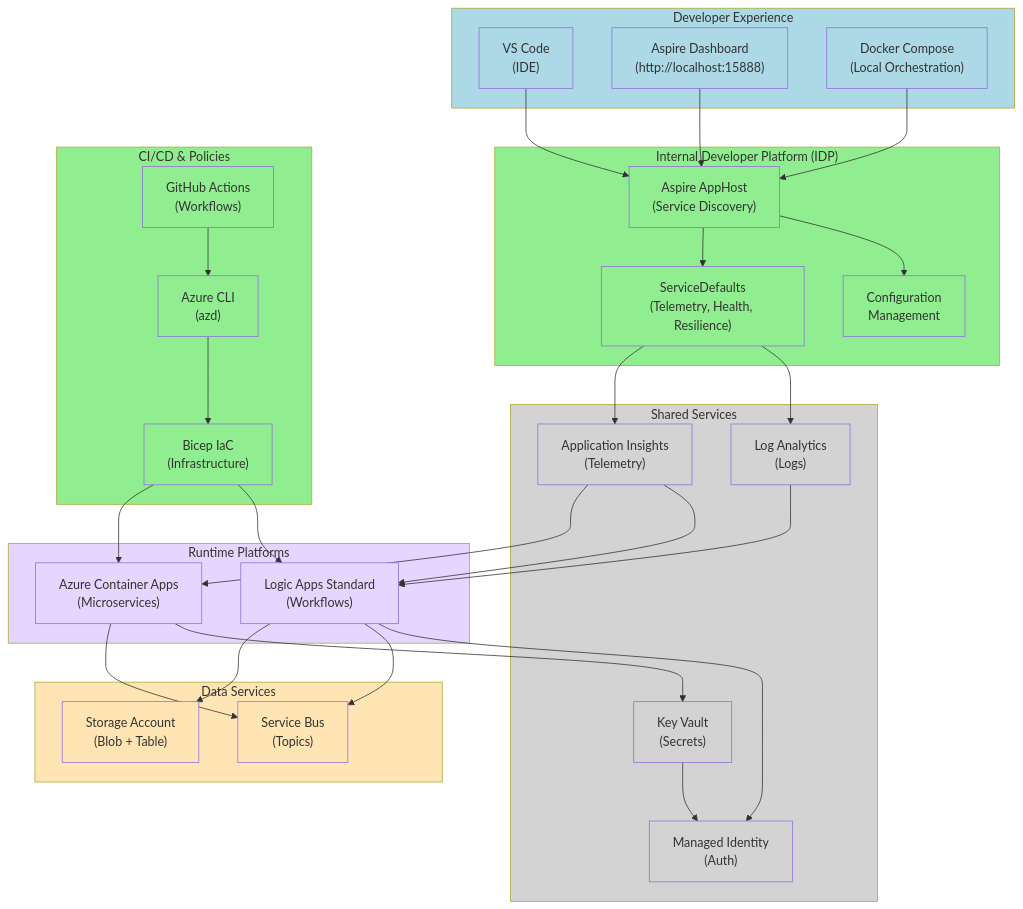
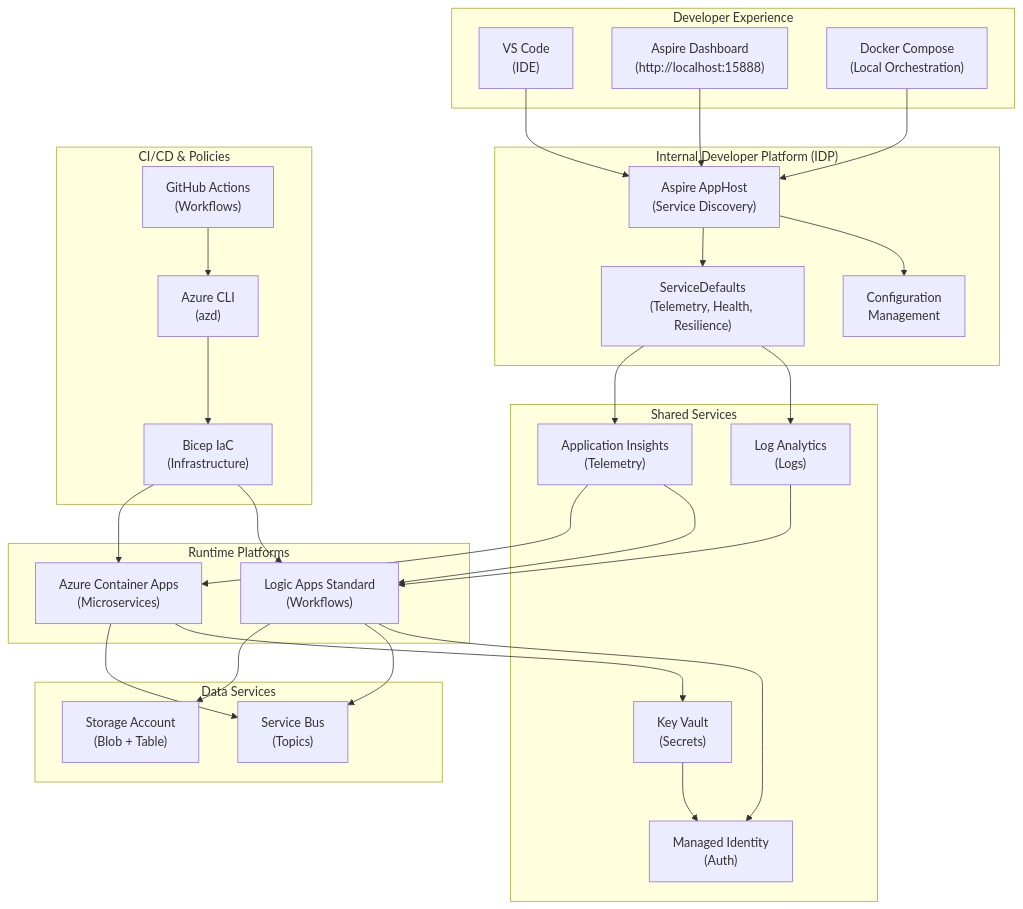
One commit to Evilazaro/Azure-LogicApps-Monitoring changed diagram 12 of 12 in README.md. Above: the diagram before and after it, drawn with Mermaid. The commit also changed other lines of this file, not shown here.

Commit message:
refactor: remove redundant style definitions from flowcharts in README.md

````diff
--- a/README.md
+++ b/README.md
@@ -973,28 +790,4 @@
     Monitoring --> ContainerApps
     Monitoring --> LogicAppsRuntime
     LogAnalytics --> LogicAppsRuntime
-    
-    style DeveloperExperience fill:#ADD8E6
-    style InternalDeveloperPlatform fill:#90EE90
-    style CICDPipelines fill:#90EE90
-    style RuntimePlatforms fill:#E6D5FF
-    style SharedServices fill:#D3D3D3
-    style DataServices fill:#FFE5B4
-    style VSCode fill:#ADD8E6
-    style AspireDashboard fill:#ADD8E6
-    style DockerCompose fill:#ADD8E6
-    style AspireAppHost fill:#90EE90
-    style ServiceDefaults fill:#90EE90
-    style ConfigManagement fill:#90EE90
-    style GitHubActions fill:#90EE90
-    style BicepTemplates fill:#90EE90
-    style AzureCLI fill:#90EE90
-    style ContainerApps fill:#E6D5FF
-    style LogicAppsRuntime fill:#E6D5FF
-    style Monitoring fill:#D3D3D3
-    style LogAnalytics fill:#D3D3D3
-    style KeyVault fill:#D3D3D3
-    style ManagedIdentity fill:#D3D3D3
-    style StorageAccount fill:#FFE5B4
-    style ServiceBus fill:#FFE5B4
 ```
````
